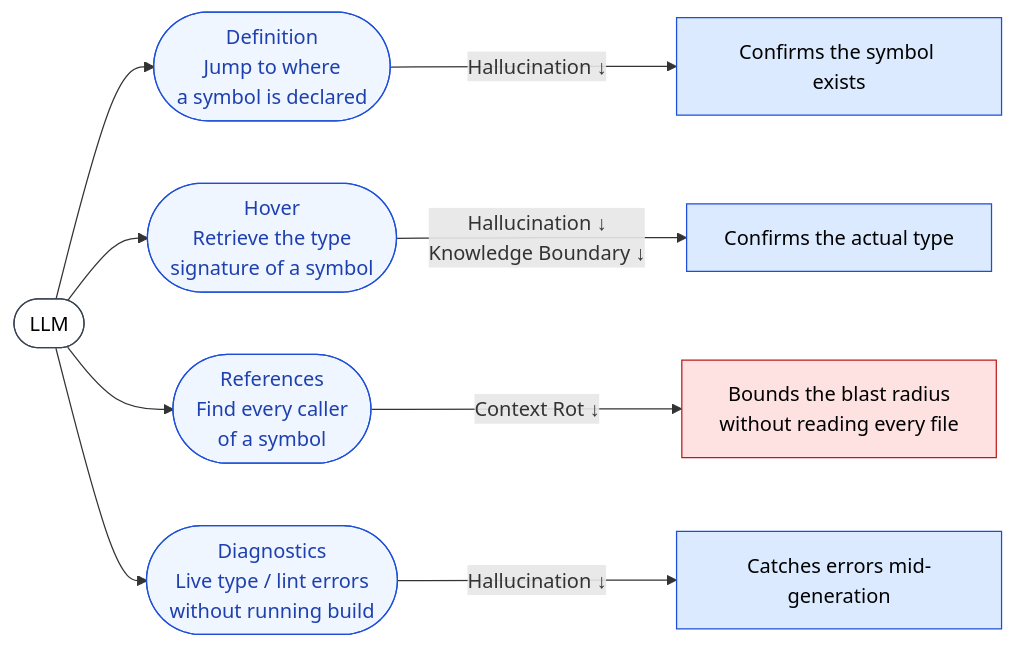
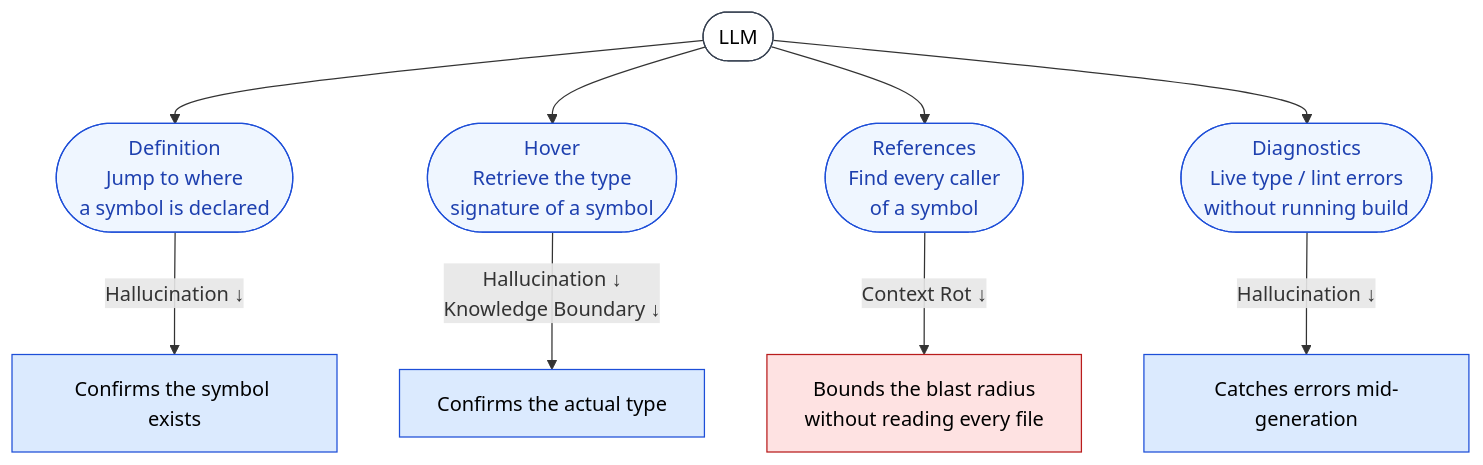
Before and after one commit to shuji-bonji/understanding-llm-through-claude-code: the diagram in docs/09-code-intelligence/lsp-as-grounding.md, drawn with Mermaid. The commit also changed 42 other files, not shown here.

````diff
--- a/docs/09-code-intelligence/lsp-as-grounding.md
+++ b/docs/09-code-intelligence/lsp-as-grounding.md
@@ -21,29 +21,29 @@
 ```mermaid
-flowchart LR
+flowchart TB
     LLM(["LLM"])
 
     DEF(["Definition<br/>Jump to where<br/>a symbol is declared"])
     HOV(["Hover<br/>Retrieve the type<br/>signature of a symbol"])
     REF(["References<br/>Find every caller<br/>of a symbol"])
     DIAG(["Diagnostics<br/>Live type / lint errors<br/>without running build"])
 
     LLM --> DEF
     LLM --> HOV
     LLM --> REF
     LLM --> DIAG
 
     DEF -->|Hallucination ↓| H["Confirms the symbol exists"]
     HOV -->|Hallucination ↓<br/>Knowledge Boundary ↓| T["Confirms the actual type"]
     REF -->|Context Rot ↓| I["Bounds the blast radius<br/>without reading every file"]
     DIAG -->|Hallucination ↓| E["Catches errors mid-generation"]
 
     style LLM fill:#fff,stroke:#374151,color:#000
     style DEF fill:#eff6ff,stroke:#1d4ed8,color:#1e40af
     style HOV fill:#eff6ff,stroke:#1d4ed8,color:#1e40af
     style REF fill:#eff6ff,stroke:#1d4ed8,color:#1e40af
     style DIAG fill:#eff6ff,stroke:#1d4ed8,color:#1e40af
     style H fill:#dbeafe,stroke:#1d4ed8,color:#000
     style T fill:#dbeafe,stroke:#1d4ed8,color:#000
     style I fill:#fee2e2,stroke:#b91c1c,color:#000
     style E fill:#dbeafe,stroke:#1d4ed8,color:#000
 ```
````
